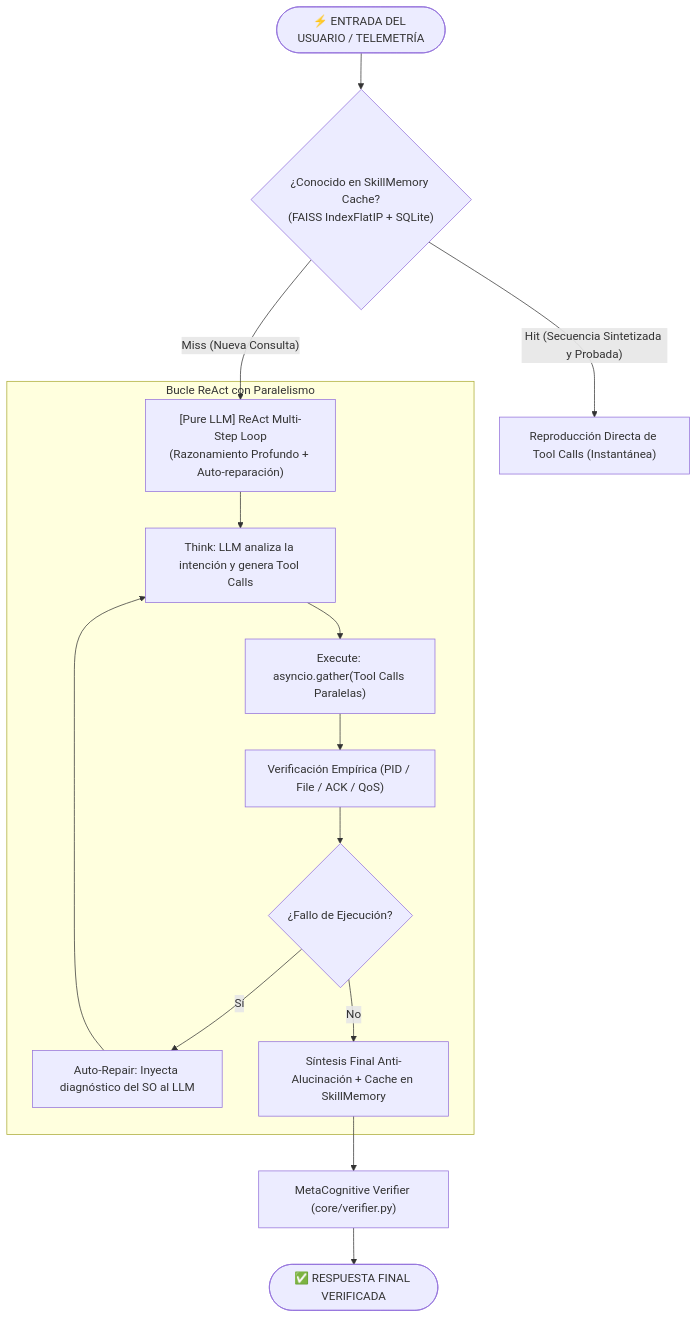
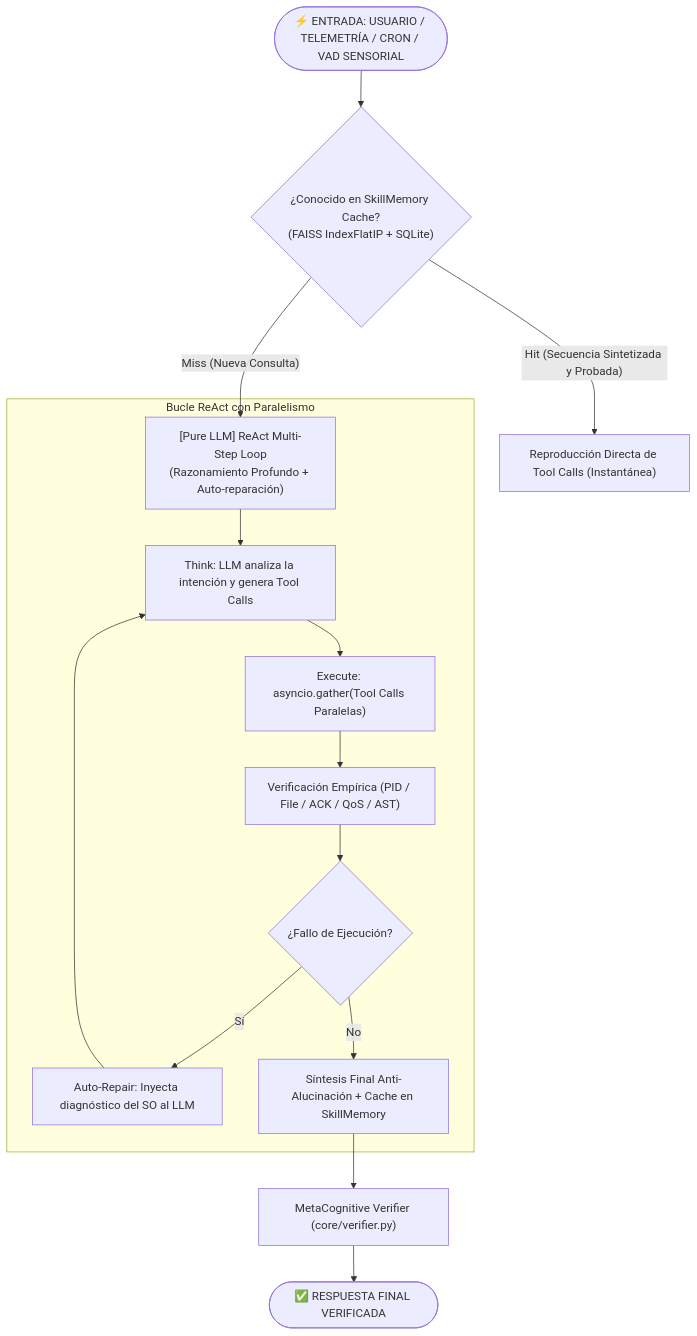
The first of 2 diagrams in ingenieria/01_ARQUITECTURA_COGNITIVA_Y_PIPELINE.md (Thel-Vatham/WIS-V2), drawn with Mermaid before and after one commit. The commit also changed other lines of this file and 22 other files, not shown here.

Commit message:
feat(core,abilities,docs): integrate autonomous cognitive cron, AST code graph, VAD sensory loop, and update engineering dossier

````diff
--- a/ingenieria/01_ARQUITECTURA_COGNITIVA_Y_PIPELINE.md
+++ b/ingenieria/01_ARQUITECTURA_COGNITIVA_Y_PIPELINE.md
@@ -12,20 +13,20 @@
 ```mermaid
 flowchart TD
-    IN(["⚡ ENTRADA DEL USUARIO / TELEMETRÍA"]) --> P1{"¿Conocido en SkillMemory Cache?<br>(FAISS IndexFlatIP + SQLite)"}
+    IN(["⚡ ENTRADA: USUARIO / TELEMETRÍA / CRON / VAD SENSORIAL"]) --> P1{"¿Conocido en SkillMemory Cache?<br>(FAISS IndexFlatIP + SQLite)"}
     
     P1 -- "Hit (Secuencia Sintetizada y Probada)" --> R1["Reproducción Directa de Tool Calls (Instantánea)"]
     P1 -- "Miss (Nueva Consulta)" --> P2["[Pure LLM] ReAct Multi-Step Loop<br>(Razonamiento Profundo + Auto-reparación)"]
     
     subgraph Loop ["Bucle ReAct con Paralelismo"]
         P2 --> THINK["Think: LLM analiza la intención y genera Tool Calls"]
         THINK --> PARALLEL["Execute: asyncio.gather(Tool Calls Paralelas)"]
-        PARALLEL --> EMPIRICAL["Verificación Empírica (PID / File / ACK / QoS)"]
+        PARALLEL --> EMPIRICAL["Verificación Empírica (PID / File / ACK / QoS / AST)"]
         EMPIRICAL --> REPAIR{"¿Fallo de Ejecución?"}
         REPAIR -- "Sí" --> AUTO_FIX["Auto-Repair: Inyecta diagnóstico del SO al LLM"]
         AUTO_FIX --> THINK
         REPAIR -- "No" --> SYNTH["Síntesis Final Anti-Alucinación + Cache en SkillMemory"]
     end
     
     SYNTH --> VERIF["MetaCognitive Verifier (core/verifier.py)"]
     VERIF --> OUT(["✅ RESPUESTA FINAL VERIFICADA"])
 ```
````
